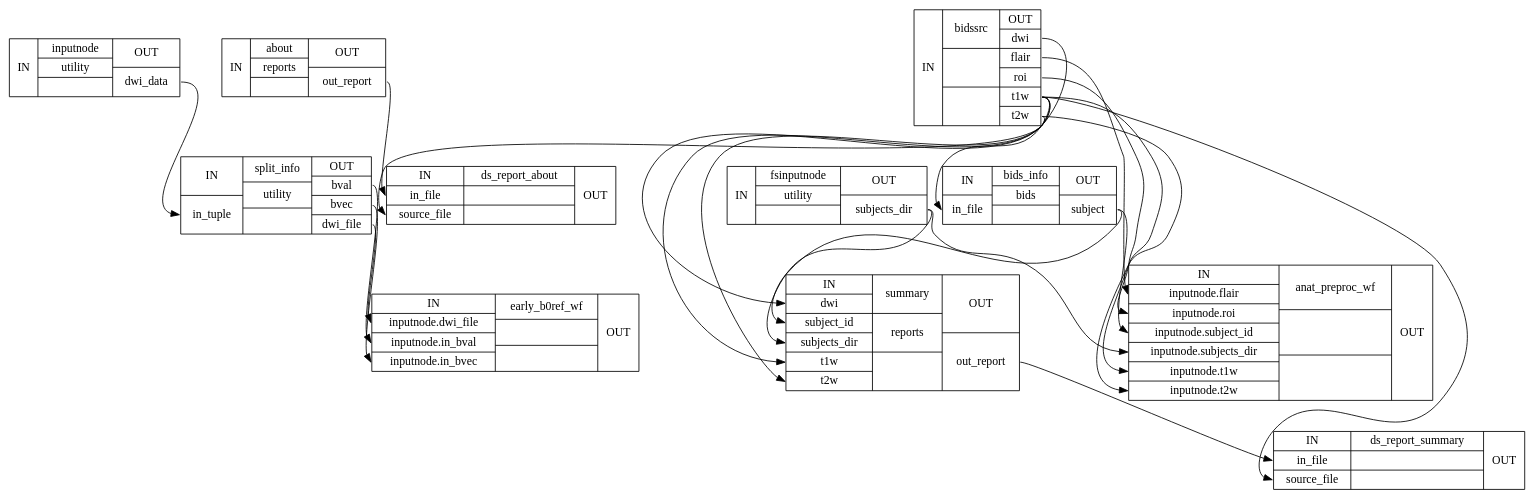
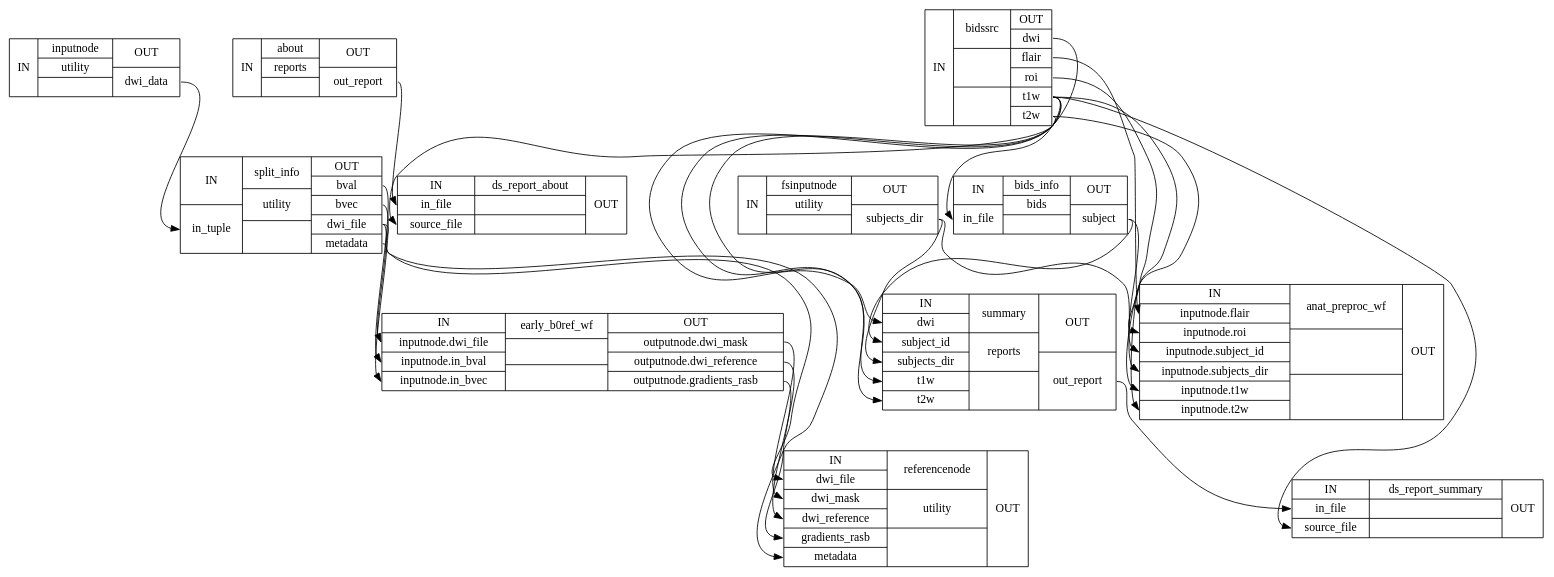
One commit to nipreps/dmriprep changed the diagram in wf_directive/api/single_subject_THP0005_wf/dmriprep-workflows-base-2_detailed.dot. Above: the diagram before and after it, drawn with Graphviz. The commit also changed 252 other files, not shown here.

```diff
--- a/wf_directive/api/single_subject_THP0005_wf/dmriprep-workflows-base-2_detailed.dot
+++ b/wf_directive/api/single_subject_THP0005_wf/dmriprep-workflows-base-2_detailed.dot
@@ -1,34 +1,40 @@
 digraph structs {
 node [shape=record];
 single_subject_THP0005_wfinputnode [label="{IN}|{ inputnode | utility |  }|{OUT|<outdwidata> dwi_data}"];
-single_subject_THP0005_wfsplit_info [label="{IN|<inintuple> in_tuple}|{ split_info | utility |  }|{OUT|<outbval> bval|<outbvec> bvec|<outdwifile> dwi_file}"];
-single_subject_THP0005_wfearly_b0ref_wf [label="{IN|<ininputnodedwifile> inputnode.dwi_file|<ininputnodeinbval> inputnode.in_bval|<ininputnodeinbvec> inputnode.in_bvec}|{ early_b0ref_wf |  |  }|{OUT}"];
+single_subject_THP0005_wfsplit_info [label="{IN|<inintuple> in_tuple}|{ split_info | utility |  }|{OUT|<outbval> bval|<outbvec> bvec|<outdwifile> dwi_file|<outmetadata> metadata}"];
+single_subject_THP0005_wfearly_b0ref_wf [label="{IN|<ininputnodedwifile> inputnode.dwi_file|<ininputnodeinbval> inputnode.in_bval|<ininputnodeinbvec> inputnode.in_bvec}|{ early_b0ref_wf |  |  }|{OUT|<outoutputnodedwimask> outputnode.dwi_mask|<outoutputnodedwireference> outputnode.dwi_reference|<outoutputnodegradientsrasb> outputnode.gradients_rasb}"];
+single_subject_THP0005_wfreferencenode [label="{IN|<indwifile> dwi_file|<indwimask> dwi_mask|<indwireference> dwi_reference|<ingradientsrasb> gradients_rasb|<inmetadata> metadata}|{ referencenode | utility |  }|{OUT}"];
 single_subject_THP0005_wfabout [label="{IN}|{ about | reports |  }|{OUT|<outoutreport> out_report}"];
 single_subject_THP0005_wfbidssrc [label="{IN}|{ bidssrc |  |  }|{OUT|<outdwi> dwi|<outflair> flair|<outroi> roi|<outt1w> t1w|<outt2w> t2w}"];
 single_subject_THP0005_wfds_report_about [label="{IN|<ininfile> in_file|<insourcefile> source_file}|{ ds_report_about |  |  }|{OUT}"];
 single_subject_THP0005_wfbids_info [label="{IN|<ininfile> in_file}|{ bids_info | bids |  }|{OUT|<outsubject> subject}"];
 single_subject_THP0005_wffsinputnode [label="{IN}|{ fsinputnode | utility |  }|{OUT|<outsubjectsdir> subjects_dir}"];
 single_subject_THP0005_wfsummary [label="{IN|<indwi> dwi|<insubjectid> subject_id|<insubjectsdir> subjects_dir|<int1w> t1w|<int2w> t2w}|{ summary | reports |  }|{OUT|<outoutreport> out_report}"];
 single_subject_THP0005_wfds_report_summary [label="{IN|<ininfile> in_file|<insourcefile> source_file}|{ ds_report_summary |  |  }|{OUT}"];
 single_subject_THP0005_wfanat_preproc_wf [label="{IN|<ininputnodeflair> inputnode.flair|<ininputnoderoi> inputnode.roi|<ininputnodesubjectid> inputnode.subject_id|<ininputnodesubjectsdir> inputnode.subjects_dir|<ininputnodet1w> inputnode.t1w|<ininputnodet2w> inputnode.t2w}|{ anat_preproc_wf |  |  }|{OUT}"];
 single_subject_THP0005_wfabout:outoutreport:e -> single_subject_THP0005_wfds_report_about:ininfile:w;
 single_subject_THP0005_wfbids_info:outsubject:e -> single_subject_THP0005_wfanat_preproc_wf:ininputnodesubjectid:w;
 single_subject_THP0005_wfbids_info:outsubject:e -> single_subject_THP0005_wfsummary:insubjectid:w;
 single_subject_THP0005_wfbidssrc:outdwi:e -> single_subject_THP0005_wfsummary:indwi:w;
 single_subject_THP0005_wfbidssrc:outflair:e -> single_subject_THP0005_wfanat_preproc_wf:ininputnodeflair:w;
 single_subject_THP0005_wfbidssrc:outroi:e -> single_subject_THP0005_wfanat_preproc_wf:ininputnoderoi:w;
 single_subject_THP0005_wfbidssrc:outt1w:e -> single_subject_THP0005_wfanat_preproc_wf:ininputnodet1w:w;
 single_subject_THP0005_wfbidssrc:outt1w:e -> single_subject_THP0005_wfbids_info:ininfile:w;
 single_subject_THP0005_wfbidssrc:outt1w:e -> single_subject_THP0005_wfds_report_about:insourcefile:w;
 single_subject_THP0005_wfbidssrc:outt1w:e -> single_subject_THP0005_wfds_report_summary:insourcefile:w;
 single_subject_THP0005_wfbidssrc:outt1w:e -> single_subject_THP0005_wfsummary:int1w:w;
 single_subject_THP0005_wfbidssrc:outt2w:e -> single_subject_THP0005_wfanat_preproc_wf:ininputnodet2w:w;
 single_subject_THP0005_wfbidssrc:outt2w:e -> single_subject_THP0005_wfsummary:int2w:w;
+single_subject_THP0005_wfearly_b0ref_wf:outoutputnodedwimask:e -> single_subject_THP0005_wfreferencenode:indwimask:w;
+single_subject_THP0005_wfearly_b0ref_wf:outoutputnodedwireference:e -> single_subject_THP0005_wfreferencenode:indwireference:w;
+single_subject_THP0005_wfearly_b0ref_wf:outoutputnodegradientsrasb:e -> single_subject_THP0005_wfreferencenode:ingradientsrasb:w;
 single_subject_THP0005_wffsinputnode:outsubjectsdir:e -> single_subject_THP0005_wfanat_preproc_wf:ininputnodesubjectsdir:w;
 single_subject_THP0005_wffsinputnode:outsubjectsdir:e -> single_subject_THP0005_wfsummary:insubjectsdir:w;
 single_subject_THP0005_wfinputnode:outdwidata:e -> single_subject_THP0005_wfsplit_info:inintuple:w;
 single_subject_THP0005_wfsplit_info:outbval:e -> single_subject_THP0005_wfearly_b0ref_wf:ininputnodeinbval:w;
 single_subject_THP0005_wfsplit_info:outbvec:e -> single_subject_THP0005_wfearly_b0ref_wf:ininputnodeinbvec:w;
 single_subject_THP0005_wfsplit_info:outdwifile:e -> single_subject_THP0005_wfearly_b0ref_wf:ininputnodedwifile:w;
+single_subject_THP0005_wfsplit_info:outdwifile:e -> single_subject_THP0005_wfreferencenode:indwifile:w;
+single_subject_THP0005_wfsplit_info:outmetadata:e -> single_subject_THP0005_wfreferencenode:inmetadata:w;
 single_subject_THP0005_wfsummary:outoutreport:e -> single_subject_THP0005_wfds_report_summary:ininfile:w;
 }
```
